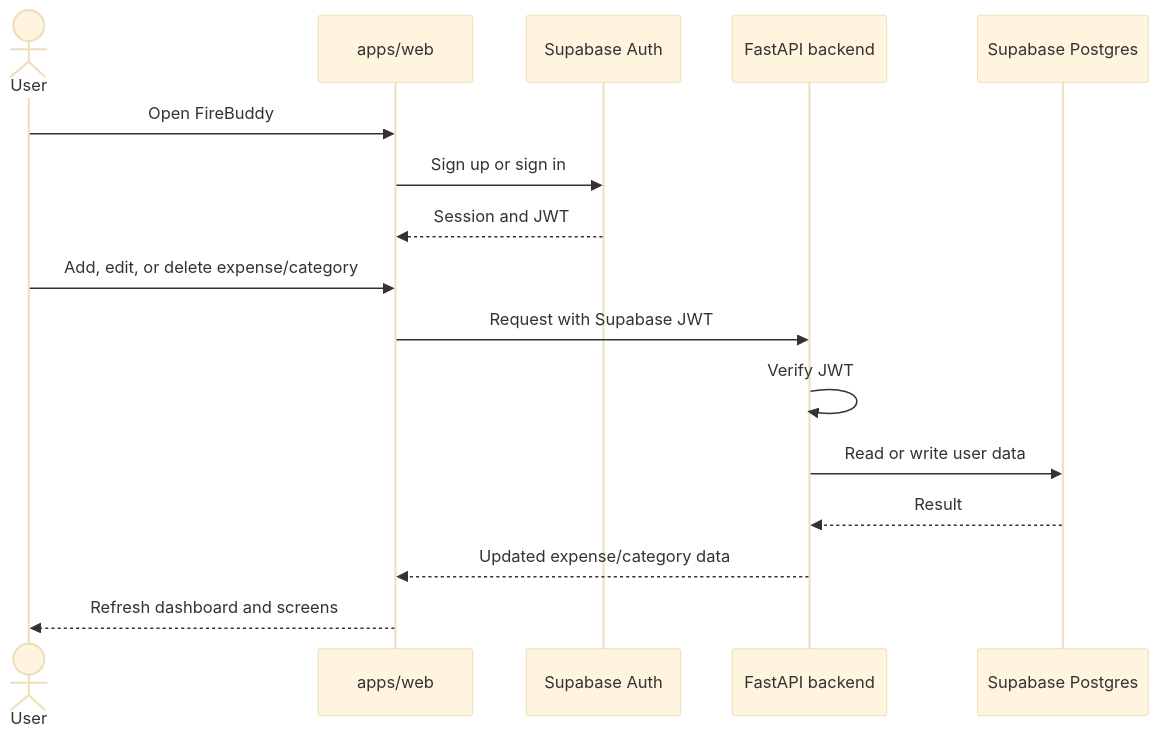
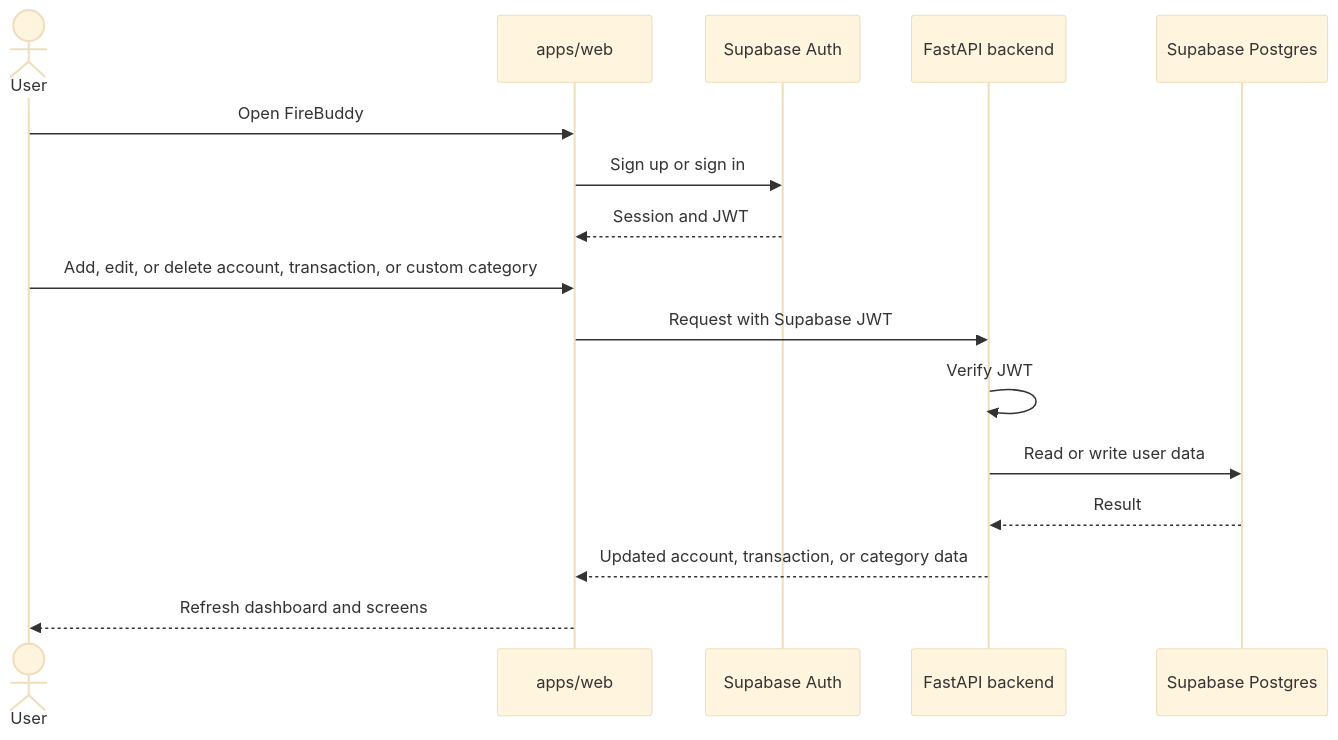
The second of 6 diagrams in README.md (YongHui-X/fireBuddy), drawn with Mermaid (base theme) before and after one commit. The commit also changed other lines of this file and 110 other files, not shown here.

````diff
--- a/README.md
+++ b/README.md
@@ -41,19 +41,19 @@
 ```mermaid
 sequenceDiagram
   actor User
   participant Web as apps/web
   participant Auth as Supabase Auth
   participant API as FastAPI backend
   participant DB as Supabase Postgres
 
   User->>Web: Open FireBuddy
   Web->>Auth: Sign up or sign in
   Auth-->>Web: Session and JWT
-  User->>Web: Add, edit, or delete expense/category
+  User->>Web: Add, edit, or delete account, transaction, or custom category
   Web->>API: Request with Supabase JWT
   API->>API: Verify JWT
   API->>DB: Read or write user data
   DB-->>API: Result
-  API-->>Web: Updated expense/category data
+  API-->>Web: Updated account, transaction, or category data
   Web-->>User: Refresh dashboard and screens
 ```
````
